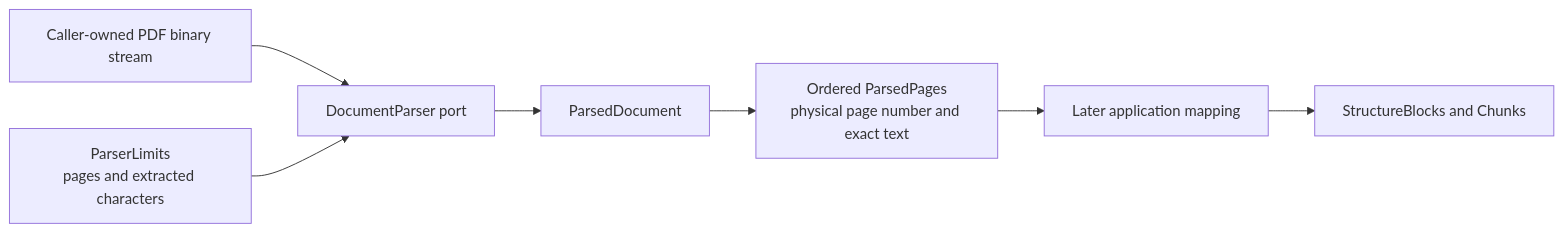
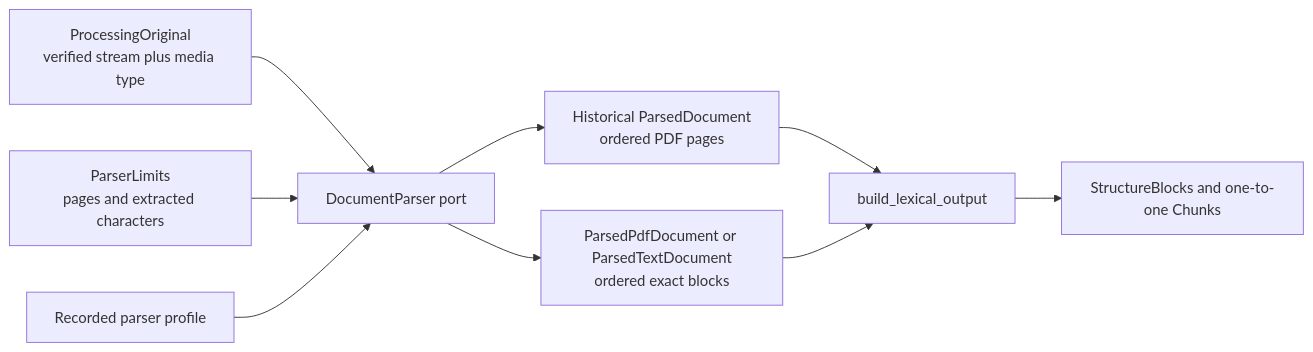
Before and after one commit to rnkraus/investment-research: the third of 9 diagrams in backend/src/investment_research/modules/processing/README.md, drawn with Mermaid. The commit also changed other lines of this file and 4 other files, not shown here.

````diff
--- a/backend/src/investment_research/modules/processing/README.md
+++ b/backend/src/investment_research/modules/processing/README.md
@@ -79,9 +82,11 @@
 ```mermaid
 flowchart LR
-    STREAM[Caller-owned PDF binary stream] --> PORT[DocumentParser port]
+    ORIGINAL[ProcessingOriginal<br/>verified stream plus media type] --> PORT[DocumentParser port]
     LIMITS[ParserLimits<br/>pages and extracted characters] --> PORT
-    PORT --> RESULT[ParsedDocument]
-    RESULT --> PAGES[Ordered ParsedPages<br/>physical page number and exact text]
-    PAGES --> MAPPING[Later application mapping]
-    MAPPING --> BLOCKS[StructureBlocks and Chunks]
+    PROFILE[Recorded parser profile] --> PORT
+    PORT --> V1[Historical ParsedDocument<br/>ordered PDF pages]
+    PORT --> V2[ParsedPdfDocument or ParsedTextDocument<br/>ordered exact blocks]
+    V1 --> MAPPING[build_lexical_output]
+    V2 --> MAPPING
+    MAPPING --> BLOCKS[StructureBlocks and one-to-one Chunks]
 ```
````
